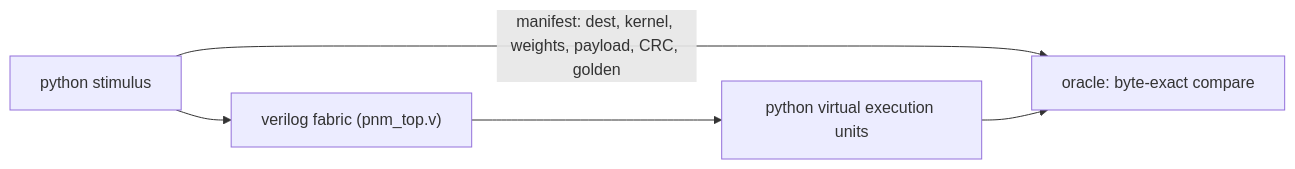
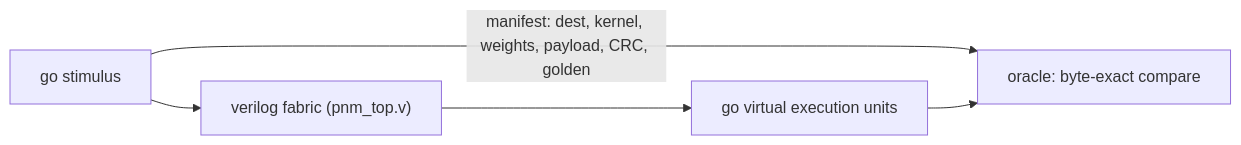
One commit to im-BowenGu/PNM-Arch changed the fourth of 4 diagrams in README.md. Above: the diagram before and after it, drawn with Mermaid. The commit also changed other lines of this file and 29 other files, not shown here.

````diff
--- a/README.md
+++ b/README.md
@@ -224,7 +230,7 @@
 ```mermaid
 flowchart LR
-    p1["python stimulus"] --> p2["verilog fabric (pnm_top.v)"]
-    p2 --> p3["python virtual execution units"]
+    p1["go stimulus"] --> p2["verilog fabric (pnm_top.v)"]
+    p2 --> p3["go virtual execution units"]
     p1 -->|"manifest: dest, kernel, weights, payload, CRC, golden"| p4["oracle: byte-exact compare"]
     p3 --> p4
 ```
````
